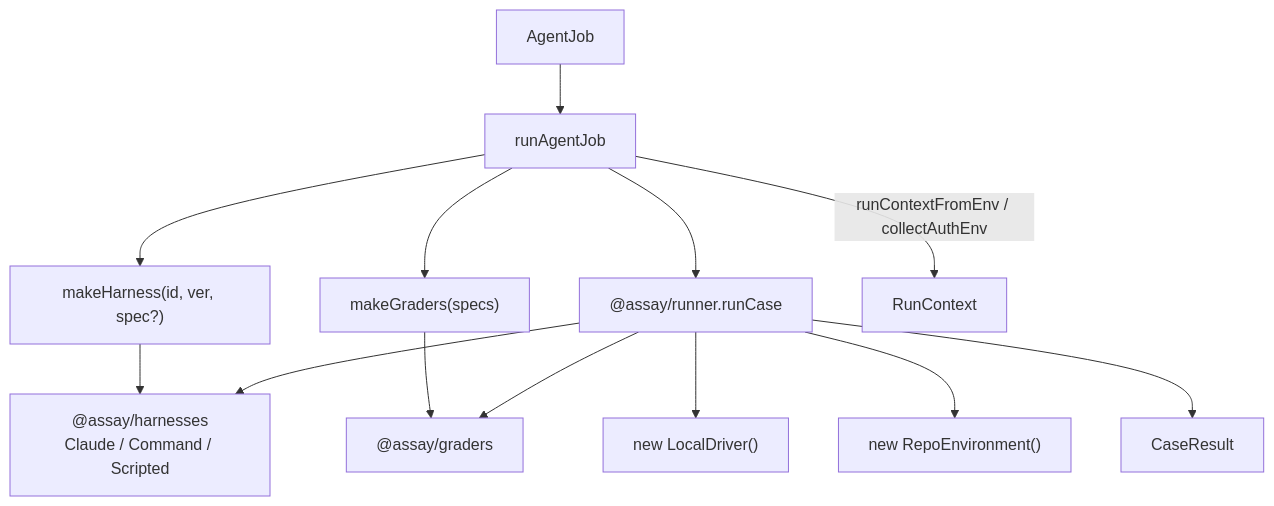
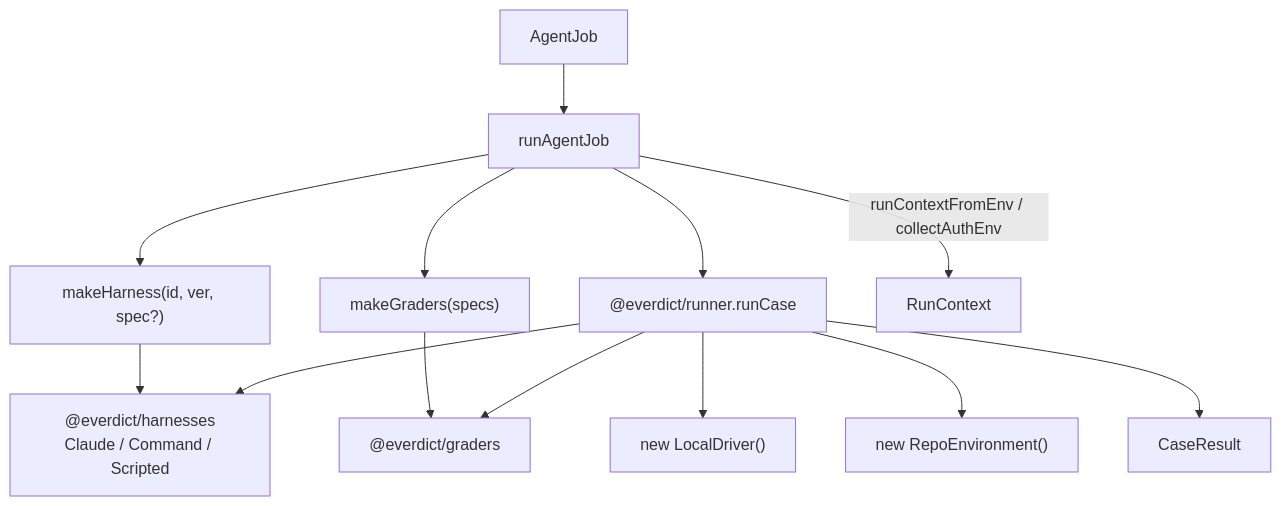
Before and after one commit to everdict/everdict: diagram 11 of 24 in docs/architecture/collaboration.md, drawn with Mermaid. The commit also changed other lines of this file and 627 other files, not shown here.

````diff
--- a/docs/architecture/collaboration.md
+++ b/docs/architecture/collaboration.md
@@ -519,15 +519,15 @@
 ```mermaid
 flowchart TD
   job[AgentJob] --> runAgentJob
   runAgentJob --> makeHarness["makeHarness(id, ver, spec?)"]
   runAgentJob --> makeGraders["makeGraders(specs)"]
-  makeHarness --> H["@assay/harnesses<br/>Claude / Command / Scripted"]
-  makeGraders --> G["@assay/graders"]
-  runAgentJob --> runCase["@assay/runner.runCase"]
+  makeHarness --> H["@everdict/harnesses<br/>Claude / Command / Scripted"]
+  makeGraders --> G["@everdict/graders"]
+  runAgentJob --> runCase["@everdict/runner.runCase"]
   runCase --> LD["new LocalDriver()"]
   runCase --> RE["new RepoEnvironment()"]
   runCase --> H
   runCase --> G
   runAgentJob -->|"runContextFromEnv / collectAuthEnv"| ctx[RunContext]
   runCase --> res[CaseResult]
 ```
````
